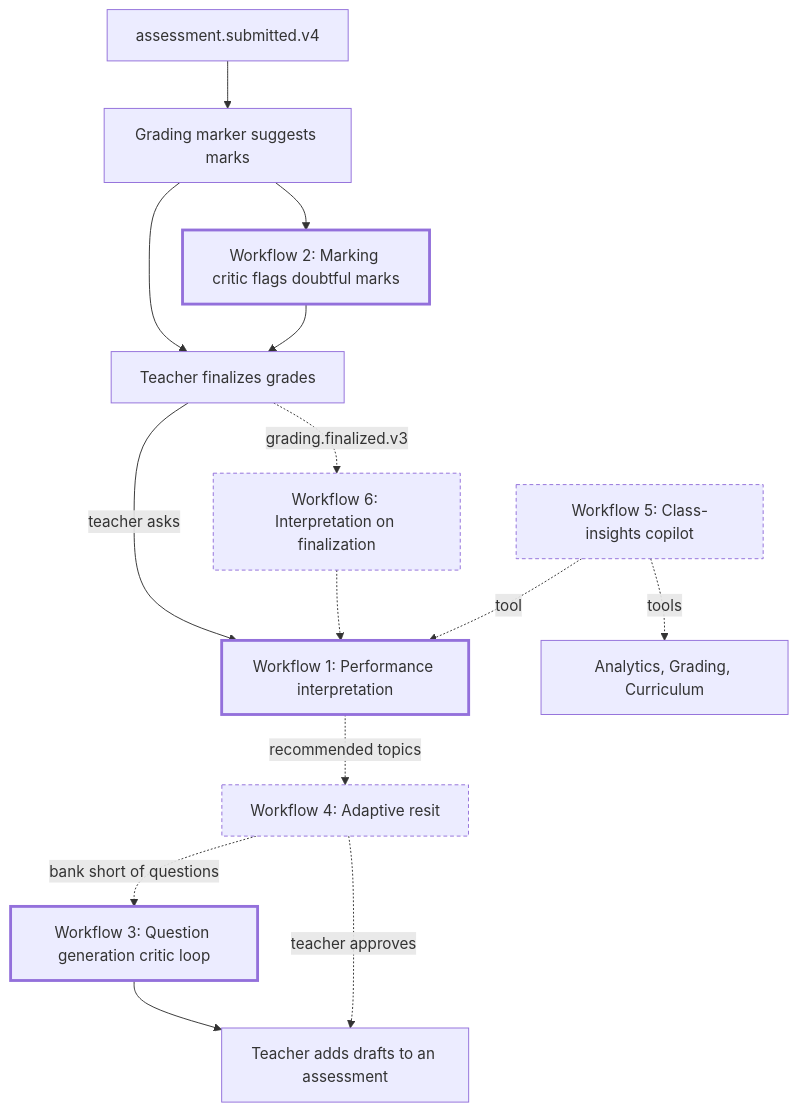
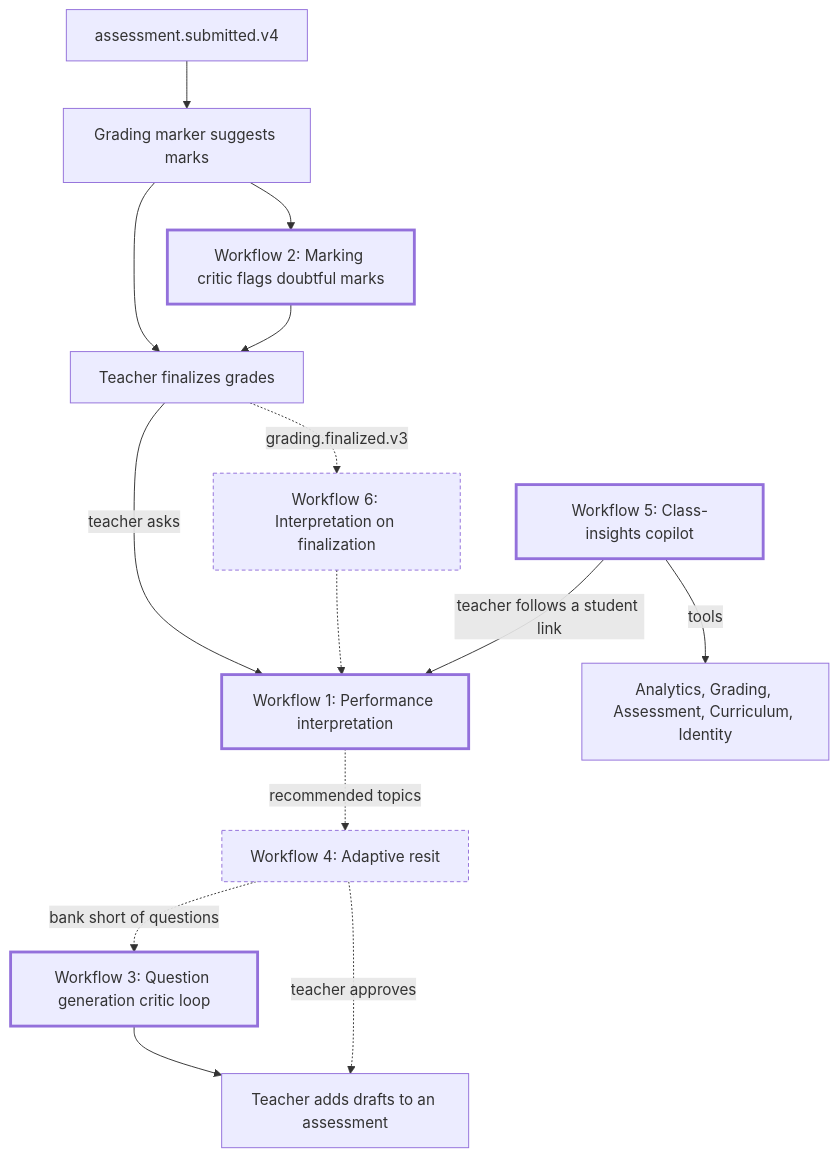
The first of 8 diagrams in docs/architecture/agentic-workflows.md (Naren3333/FSD_2026), drawn with Mermaid before and after one commit. The commit also changed other lines of this file and 46 other files, not shown here.

Commit message:
Add a class-insights copilot that answers a teacher's question about a class from its released figures and finalized answers, checks every group, figure and reference before showing names, and shares the interpretation agent's turn loop

````diff
--- a/docs/architecture/agentic-workflows.md
+++ b/docs/architecture/agentic-workflows.md
@@ -16,20 +16,20 @@
 ```mermaid
 flowchart TB
   Submit[assessment.submitted.v4] --> Marker[Grading marker suggests marks]
   Marker --> W2[Workflow 2: Marking critic flags doubtful marks]
   Marker --> Final[Teacher finalizes grades]
   W2 --> Final
   Final -->|teacher asks| W1[Workflow 1: Performance interpretation]
   Final -.->|grading.finalized.v3| W6[Workflow 6: Interpretation on finalization]
   W6 -.-> W1
   W1 -.->|recommended topics| W4[Workflow 4: Adaptive resit]
   W4 -.->|bank short of questions| W3[Workflow 3: Question generation critic loop]
   W3 --> Editor[Teacher adds drafts to an assessment]
   W4 -.->|teacher approves| Editor
-  W5[Workflow 5: Class-insights copilot] -.->|tool| W1
-  W5 -.->|tools| Data[Analytics, Grading, Curriculum]
+  W5[Workflow 5: Class-insights copilot] -->|teacher follows a student link| W1
+  W5 -->|tools| Data[Analytics, Grading, Assessment, Curriculum, Identity]
   classDef built stroke-width:3px
   classDef proposed stroke-dasharray:4 3
-  class W1,W2,W3 built;
-  class W4,W5,W6 proposed;
+  class W1,W2,W3,W5 built;
+  class W4,W6 proposed;
 ```
````
